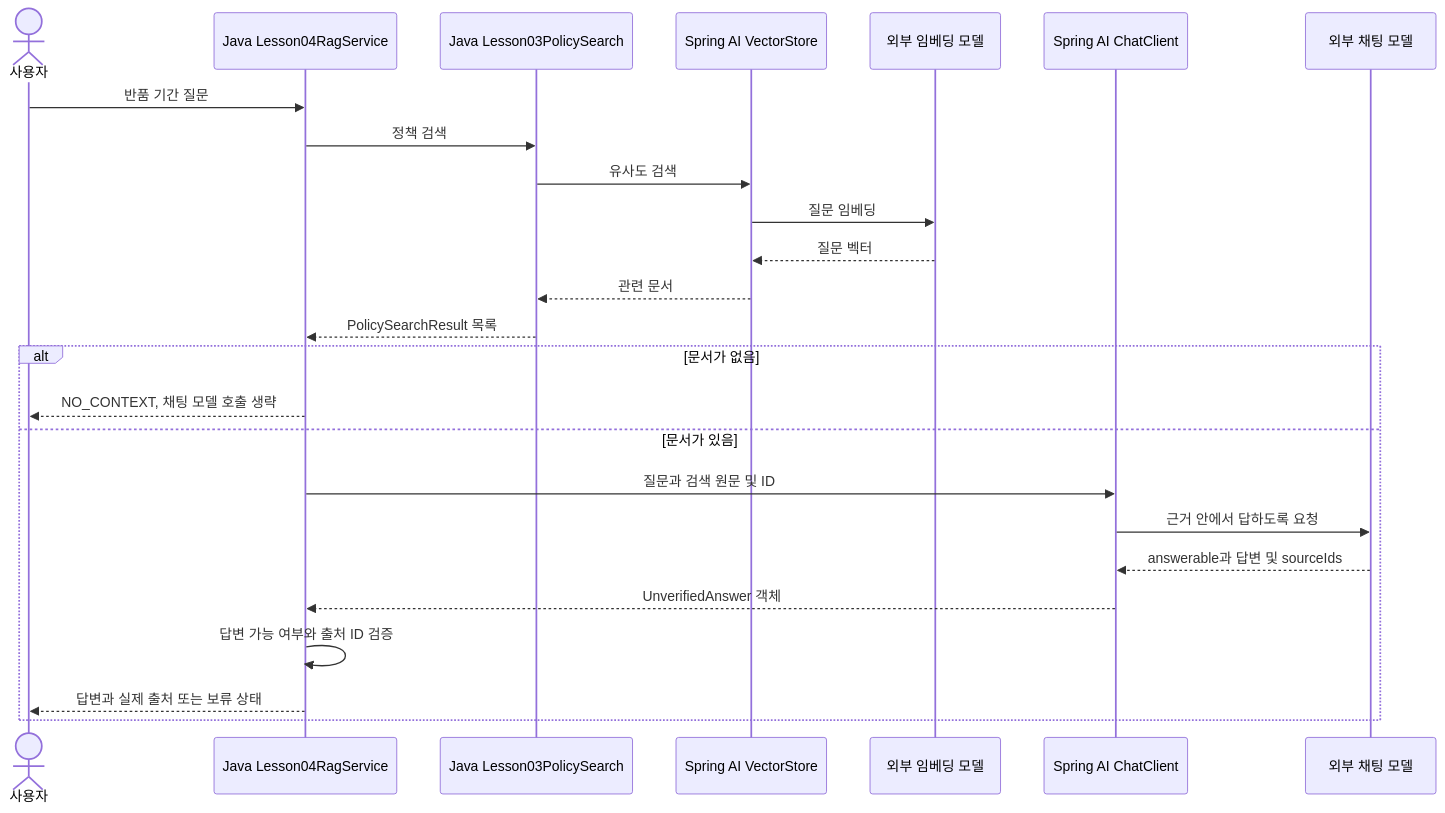
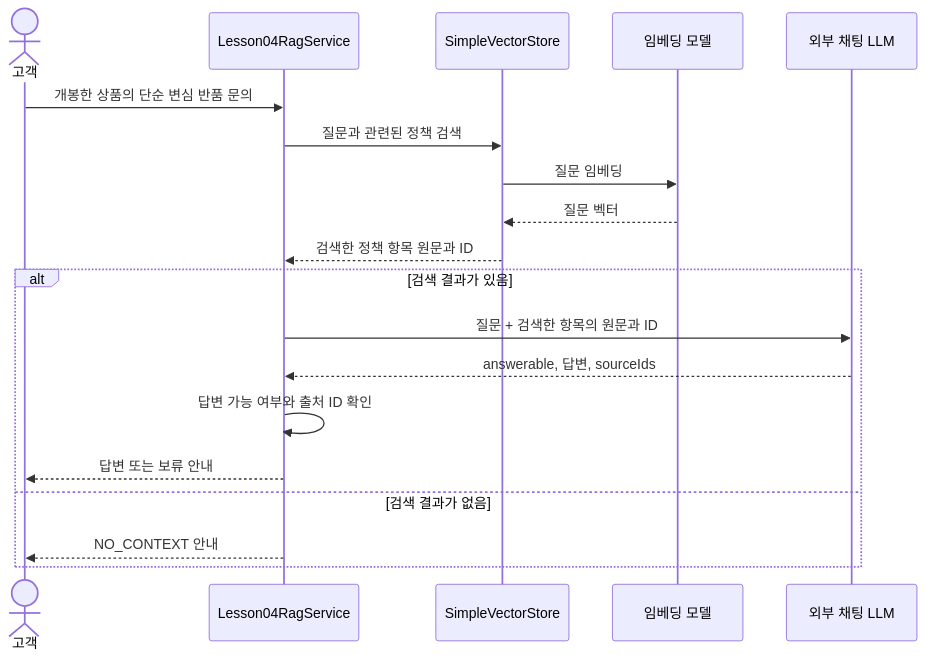
One commit to Justin-ad-Park/SpringShoppingAI changed the diagram in Spring-AI-Agent-Learning/docs/lessons/10-rag/04-custom-generation.md. Above: the diagram before and after it, drawn with Mermaid. The commit also changed other lines of this file and 14 other files, not shown here.

````diff
--- a/Spring-AI-Agent-Learning/docs/lessons/10-rag/04-custom-generation.md
+++ b/Spring-AI-Agent-Learning/docs/lessons/10-rag/04-custom-generation.md
@@ -12,27 +128,21 @@
 ```mermaid
 sequenceDiagram
-    actor User as 사용자
-    participant App as Java Lesson04RagService
-    participant Search as Java Lesson03PolicySearch
-    participant Store as Spring AI VectorStore
-    participant Embed as 외부 임베딩 모델
-    participant AI as Spring AI ChatClient
-    participant Model as 외부 채팅 모델
-    User->>App: 반품 기간 질문
-    App->>Search: 정책 검색
-    Search->>Store: 유사도 검색
-    Store->>Embed: 질문 임베딩
-    Embed-->>Store: 질문 벡터
-    Store-->>Search: 관련 문서
-    Search-->>App: PolicySearchResult 목록
-    alt 문서가 없음
-        App-->>User: NO_CONTEXT, 채팅 모델 호출 생략
-    else 문서가 있음
-        App->>AI: 질문과 검색 원문 및 ID
-        AI->>Model: 근거 안에서 답하도록 요청
-        Model-->>AI: answerable과 답변 및 sourceIds
-        AI-->>App: UnverifiedAnswer 객체
-        App->>App: 답변 가능 여부와 출처 ID 검증
-        App-->>User: 답변과 실제 출처 또는 보류 상태
+    actor Customer as 고객
+    participant R as Lesson04RagService
+    participant V as SimpleVectorStore
+    participant E as 임베딩 모델
+    participant M as 외부 채팅 LLM
+    Customer->>R: 개봉한 상품의 단순 변심 반품 문의
+    R->>V: 질문과 관련된 정책 검색
+    V->>E: 질문 임베딩
+    E-->>V: 질문 벡터
+    V-->>R: 검색한 정책 항목 원문과 ID
+    alt 검색 결과가 있음
+        R->>M: 질문 + 검색한 항목의 원문과 ID
+        M-->>R: answerable, 답변, sourceIds
+        R->>R: 답변 가능 여부와 출처 ID 확인
+        R-->>Customer: 답변 또는 보류 안내
+    else 검색 결과가 없음
+        R-->>Customer: NO_CONTEXT 안내
     end
 ```
````
